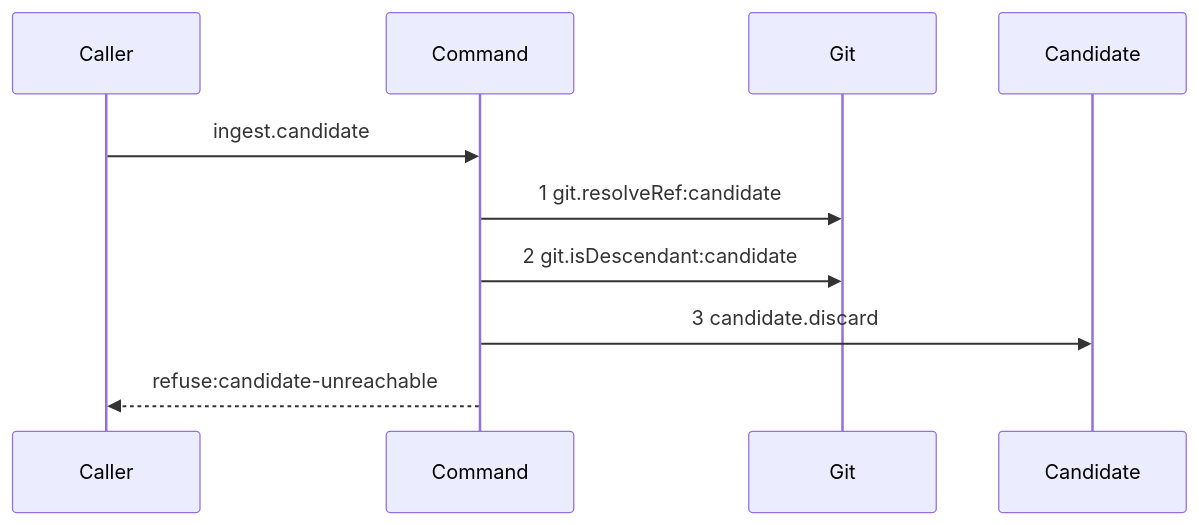
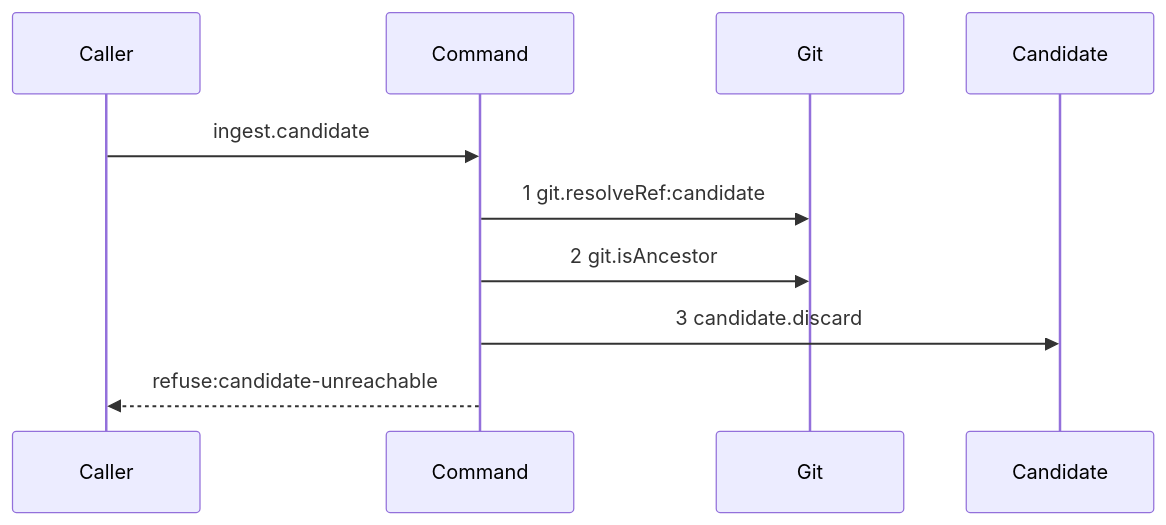
The sixth of 22 diagrams in .agents/plan/epics/051-the-execution-checkpoint.md (kanthorlabs/kanthord-engine), drawn with Mermaid before and after one commit. The commit also changed other lines of this file, not shown here.

````diff
--- a/.agents/plan/epics/051-the-execution-checkpoint.md
+++ b/.agents/plan/epics/051-the-execution-checkpoint.md
@@ -331,12 +386,12 @@
 ```mermaid
 sequenceDiagram
     participant Caller
     participant Command
     participant Git
     participant Candidate
     Caller->>Command: ingest.candidate
     Command->>Git: 1 git.resolveRef:candidate
-    Command->>Git: 2 git.isDescendant:candidate
+    Command->>Git: 2 git.isAncestor
     Command->>Candidate: 3 candidate.discard
     Command-->>Caller: refuse:candidate-unreachable
 ```
````
